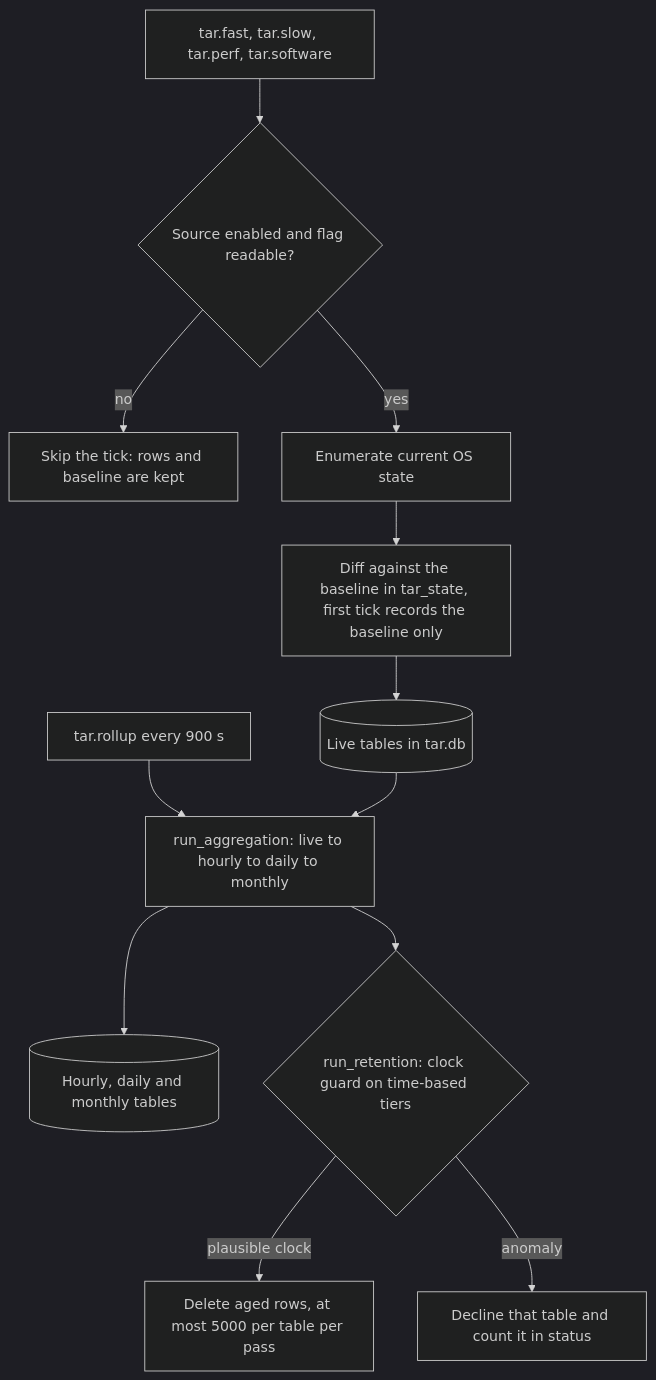
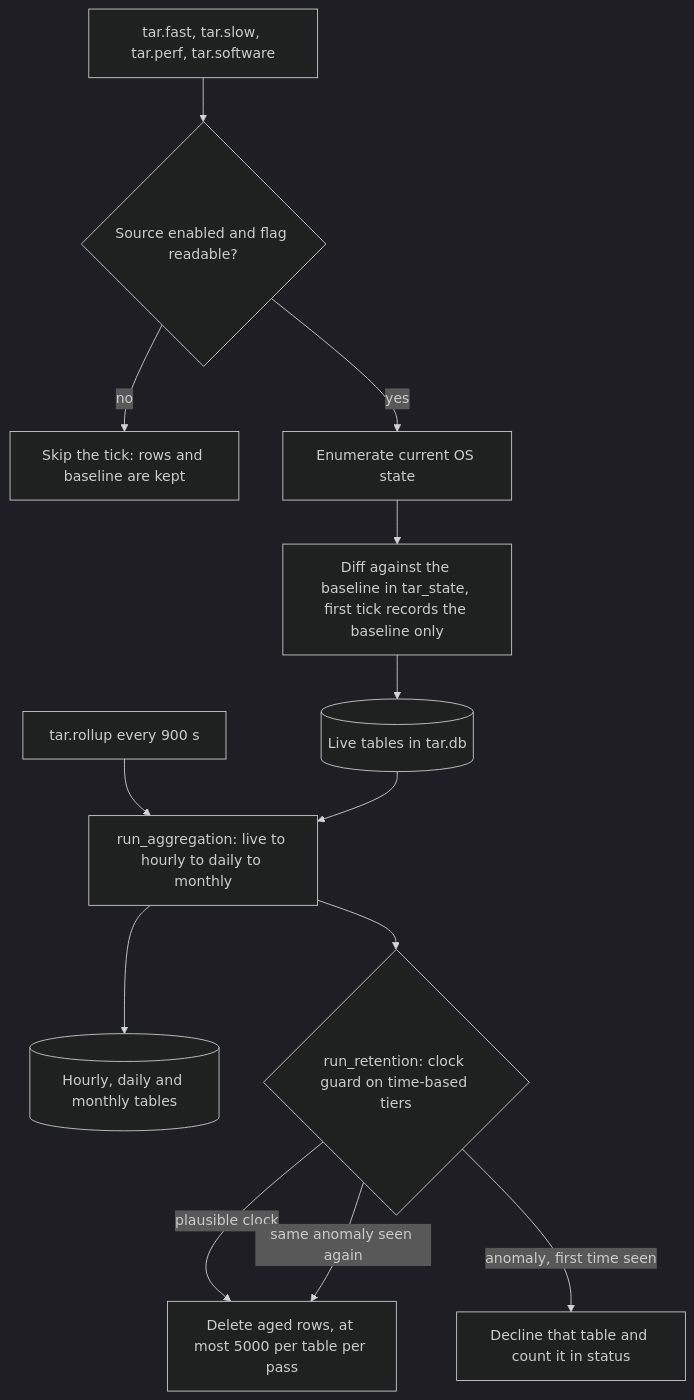
One commit to DevNullLtd/Yuzu changed the second of 4 diagrams in agents/plugins/tar/README.md. Above: the diagram before and after it, drawn with Mermaid (dark theme). The commit also changed other lines of this file and 69 other files, not shown here.

````diff
--- a/agents/plugins/tar/README.md
+++ b/agents/plugins/tar/README.md
@@ -151,14 +152,15 @@
 ```mermaid
 flowchart TD
   T["tar.fast, tar.slow, tar.perf, tar.software"] --> G{"Source enabled and flag readable?"}
   G -->|"no"| SK["Skip the tick: rows and baseline are kept"]
   G -->|"yes"| E["Enumerate current OS state"]
   E --> D["Diff against the baseline in tar_state, first tick records the baseline only"]
   D --> L[("Live tables in tar.db")]
   R["tar.rollup every 900 s"] --> A["run_aggregation: live to hourly to daily to monthly"]
   L --> A
   A --> H[("Hourly, daily and monthly tables")]
   A --> C{"run_retention: clock guard on time-based tiers"}
   C -->|"plausible clock"| X["Delete aged rows, at most 5000 per table per pass"]
-  C -->|"anomaly"| N["Decline that table and count it in status"]
+  C -->|"anomaly, first time seen"| N["Decline that table and count it in status"]
+  C -->|"same anomaly seen again"| X
 ```
````
